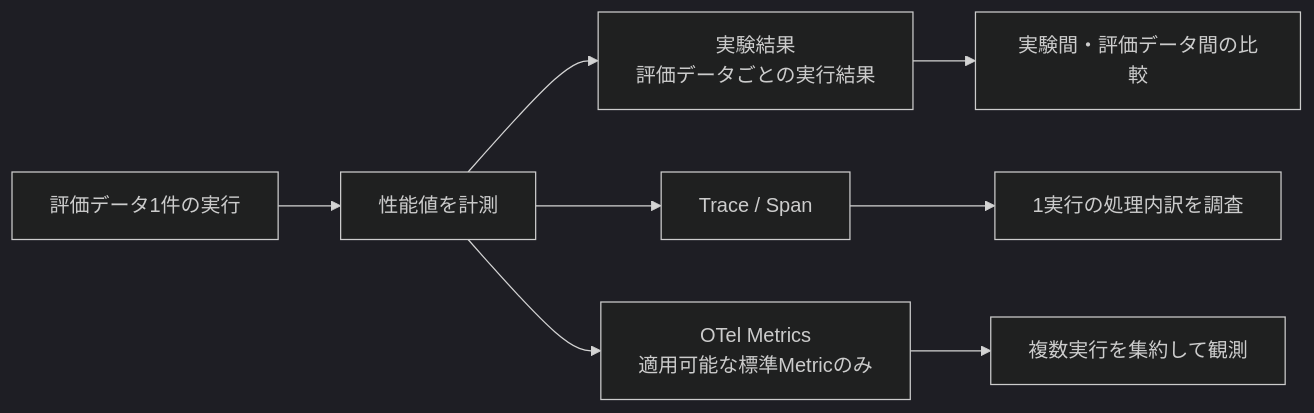
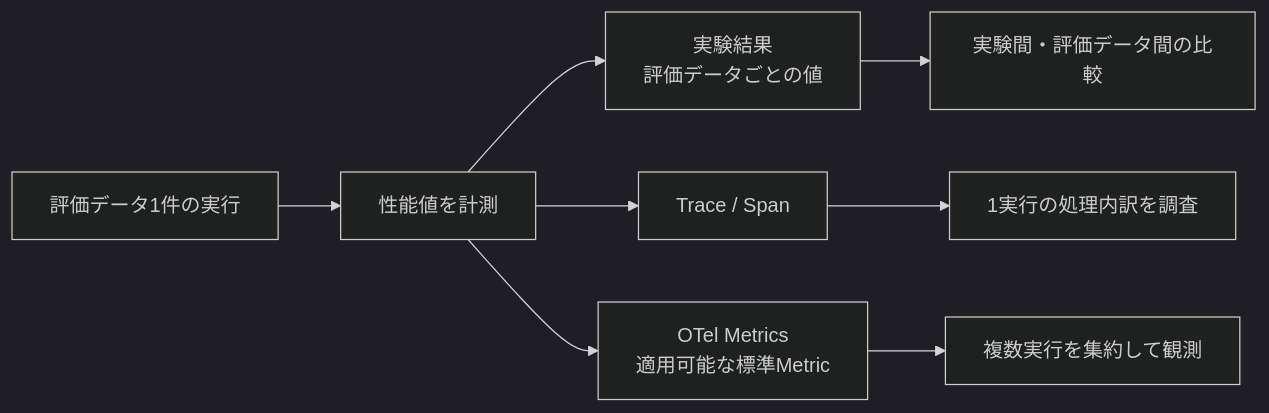
The first of 4 diagrams in Notes/RAGScope/RAGScopeアプリケーション/RS-0023 Metrics設計メモ.md (takashit16833/Workbench), drawn with Mermaid (dark theme) before and after one commit. The commit also changed other lines of this file and 3 other files, not shown here.

````diff
--- a/Notes/RAGScope/RAGScopeアプリケーション/RS-0023 Metrics設計メモ.md
+++ b/Notes/RAGScope/RAGScopeアプリケーション/RS-0023 Metrics設計メモ.md
@@ -41,12 +29,12 @@
 ```mermaid
 flowchart LR
     RUN["評価データ1件の実行"] --> VALUE["性能値を計測"]
 
-    VALUE --> RESULT["実験結果<br>評価データごとの実行結果"]
+    VALUE --> RESULT["実験結果<br>評価データごとの値"]
     VALUE --> TRACE["Trace / Span"]
-    VALUE --> METRIC["OTel Metrics<br>適用可能な標準Metricのみ"]
+    VALUE --> METRIC["OTel Metrics<br>適用可能な標準Metric"]
 
     RESULT --> COMPARE["実験間・評価データ間の比較"]
     TRACE --> DETAIL["1実行の処理内訳を調査"]
     METRIC --> AGG["複数実行を集約して観測"]
 ```
````
